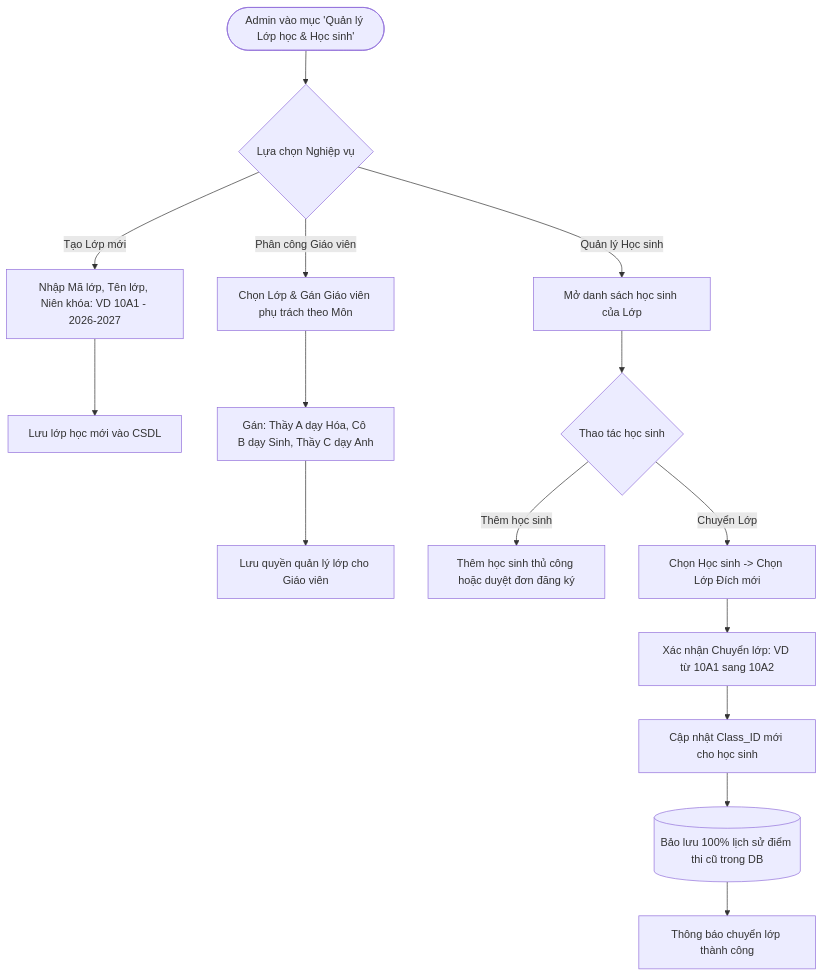
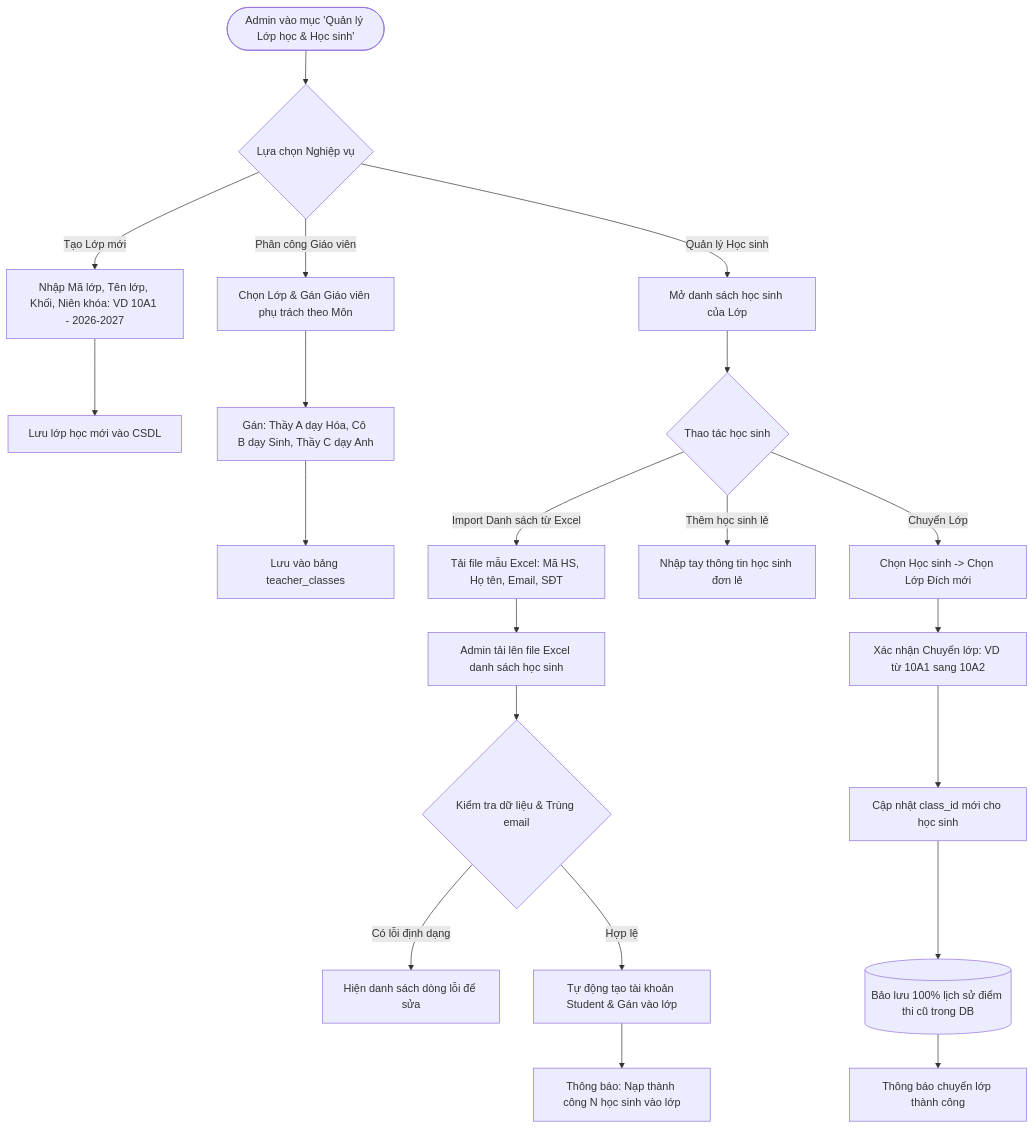
One commit to sunlight3d/VietIS changed the diagram in vibercodeDate21-09-2026/exam-app/flows/06-quan-ly-lop-hoc-phan-lop.md. Above: the diagram before and after it, drawn with Mermaid. The commit also changed other lines of this file and 15 other files, not shown here.

Commit message:
fix(security & flows): resolve 8 critical database flaws, anti-cheat, missing flows and permission models

````diff
--- a/vibercodeDate21-09-2026/exam-app/flows/06-quan-ly-lop-hoc-phan-lop.md
+++ b/vibercodeDate21-09-2026/exam-app/flows/06-quan-ly-lop-hoc-phan-lop.md
@@ -11,21 +11,29 @@
 ```mermaid
 flowchart TD
     Start([Admin vào mục 'Quản lý Lớp học & Học sinh']) --> ClassHub{Lựa chọn Nghiệp vụ}
     
-    ClassHub -->|Tạo Lớp mới| CreateClassForm[Nhập Mã lớp, Tên lớp, Niên khóa: VD 10A1 - 2026-2027]
+    ClassHub -->|Tạo Lớp mới| CreateClassForm[Nhập Mã lớp, Tên lớp, Khối, Niên khóa: VD 10A1 - 2026-2027]
     CreateClassForm --> SaveNewClass[Lưu lớp học mới vào CSDL]
     
     ClassHub -->|Phân công Giáo viên| AssignTeacherModal[Chọn Lớp & Gán Giáo viên phụ trách theo Môn]
     AssignTeacherModal --> MapTeacher[Gán: Thầy A dạy Hóa, Cô B dạy Sinh, Thầy C dạy Anh]
-    MapTeacher --> SaveTeacherScope[Lưu quyền quản lý lớp cho Giáo viên]
+    MapTeacher --> SaveTeacherScope[Lưu vào bảng teacher_classes]
     
     ClassHub -->|Quản lý Học sinh| StudentRoster[Mở danh sách học sinh của Lớp]
     StudentRoster --> StudentActions{Thao tác học sinh}
-    StudentActions -->|Thêm học sinh| AddStudent[Thêm học sinh thủ công hoặc duyệt đơn đăng ký]
+    
+    StudentActions -->|Import Danh sách từ Excel| DownloadTpl[Tải file mẫu Excel: Mã HS, Họ tên, Email, SĐT]
+    DownloadTpl --> UploadExcel[Admin tải lên file Excel danh sách học sinh]
+    UploadExcel --> ValidateStudentData{Kiểm tra dữ liệu & Trùng email}
+    ValidateStudentData -->|Có lỗi định dạng| ShowImportErrors[Hiện danh sách dòng lỗi để sửa]
+    ValidateStudentData -->|Hợp lệ| BulkInsertStudents[Tự động tạo tài khoản Student & Gán vào lớp]
+    BulkInsertStudents --> ImportSuccessToast[Thông báo: Nạp thành công N học sinh vào lớp]
+    
+    StudentActions -->|Thêm học sinh lẻ| AddStudent[Nhập tay thông tin học sinh đơn lẻ]
     StudentActions -->|Chuyển Lớp| TransferClassModal[Chọn Học sinh -> Chọn Lớp Đích mới]
     
     TransferClassModal --> ConfirmTransfer[Xác nhận Chuyển lớp: VD từ 10A1 sang 10A2]
-    ConfirmTransfer --> UpdateStudentClass[Cập nhật Class_ID mới cho học sinh]
+    ConfirmTransfer --> UpdateStudentClass[Cập nhật class_id mới cho học sinh]
     UpdateStudentClass --> KeepHistory[(Bảo lưu 100% lịch sử điểm thi cũ trong DB)]
     KeepHistory --> SuccessNotice[Thông báo chuyển lớp thành công]
 ```
````
